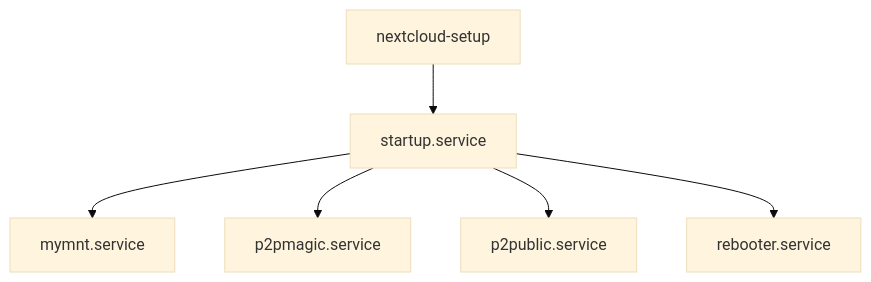
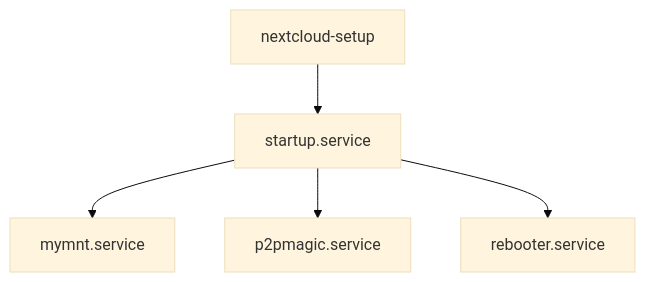
Before and after one commit to jjacke13/nixtcloud: the diagram in README.md, drawn with Mermaid (base theme). The commit also changed other lines of this file and 3 other files, not shown here.

````diff
--- a/README.md
+++ b/README.md
@@ -177,8 +175,7 @@
 ```mermaid
 graph TD
   A[nextcloud-setup] --> B[startup.service]
   B --> C[mymnt.service]
   B --> D[p2pmagic.service]
-  B --> E[p2public.service]
   B --> F[rebooter.service]
 ```
````
